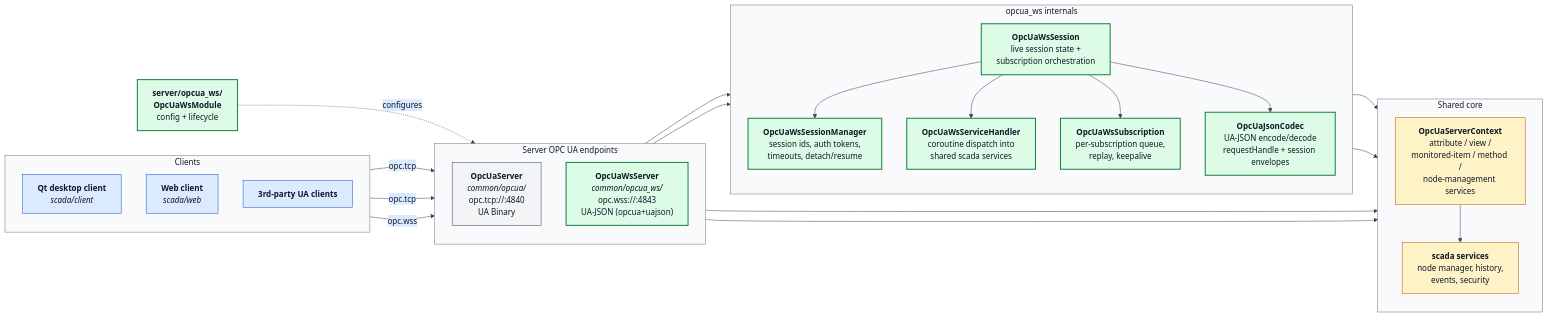
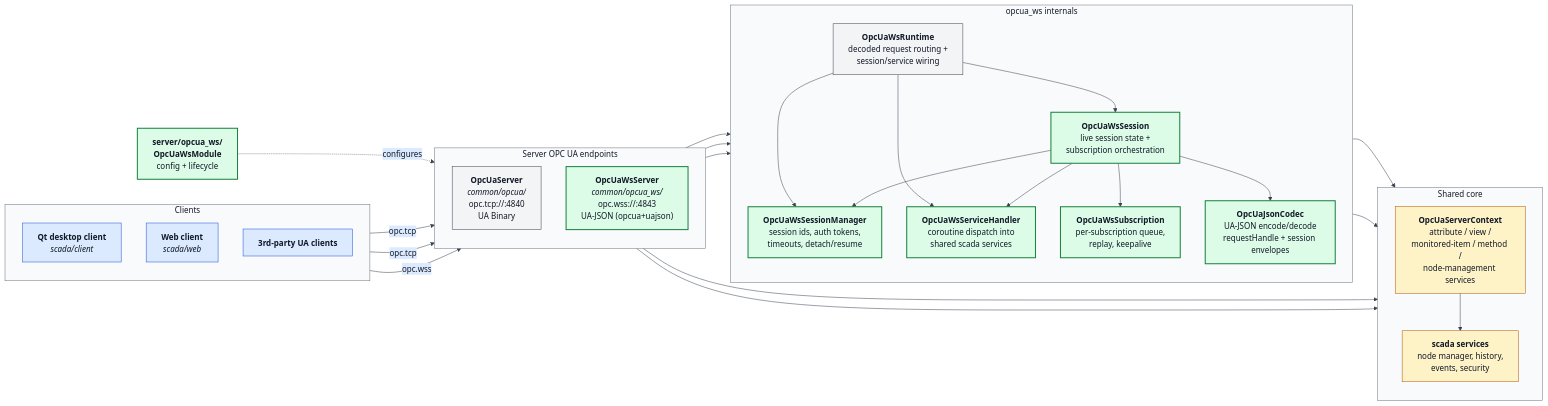
One commit to alexsmn/scada-common changed the diagram in docs/opcua_ws_architecture.mmd. Above: the diagram before and after it, drawn with Mermaid. The commit also changed 11 other files, not shown here.

Commit message:
Add opcua_ws request runtime

```diff
--- a/docs/opcua_ws_architecture.mmd
+++ b/docs/opcua_ws_architecture.mmd
@@ -1,79 +1,84 @@
 %%{init: {
   'theme': 'base',
   'themeVariables': {
     'background': '#ffffff',
     'primaryColor': '#f3f4f6',
     'primaryBorderColor': '#374151',
     'primaryTextColor': '#111827',
     'secondaryColor': '#dbeafe',
     'secondaryBorderColor': '#1d4ed8',
     'secondaryTextColor': '#111827',
     'tertiaryColor': '#fef3c7',
     'tertiaryBorderColor': '#b45309',
     'tertiaryTextColor': '#111827',
     'lineColor': '#374151',
     'defaultLinkColor': '#374151',
     'clusterBkg': '#f9fafb',
     'clusterBorder': '#6b7280',
     'titleColor': '#111827'
   },
   'flowchart': {'htmlLabels': true}
 }}%%
 flowchart LR
     subgraph Clients["Clients"]
         direction TB
         QT["<b>Qt desktop client</b><br/><i>scada/client</i>"]
         WEB["<b>Web client</b><br/><i>scada/web</i>"]
         NATIVE["<b>3rd-party UA clients</b>"]
     end
 
     subgraph Endpoints["Server OPC UA endpoints"]
         direction TB
         TCP["<b>OpcUaServer</b><br/><i>common/opcua/</i><br/>opc.tcp://:4840<br/>UA Binary"]
         WS["<b>OpcUaWsServer</b><br/><i>common/opcua_ws/</i><br/>opc.wss://:4843<br/>UA-JSON (opcua+uajson)"]
     end
 
     subgraph WsInternals["opcua_ws internals"]
         direction TB
         SESS["<b>OpcUaWsSession</b><br/>live session state +<br/>subscription orchestration"]
+        RT["<b>OpcUaWsRuntime</b><br/>decoded request routing +<br/>session/service wiring"]
         SMGR["<b>OpcUaWsSessionManager</b><br/>session ids, auth tokens,<br/>timeouts, detach/resume"]
         HANDLER["<b>OpcUaWsServiceHandler</b><br/>coroutine dispatch into<br/>shared scada services"]
         SUB["<b>OpcUaWsSubscription</b><br/>per-subscription queue,<br/>replay, keepalive"]
         CODEC["<b>OpcUaJsonCodec</b><br/>UA-JSON encode/decode<br/>requestHandle + session envelopes"]
     end
 
     subgraph Core["Shared core"]
         direction TB
         CTX["<b>OpcUaServerContext</b><br/>attribute / view /<br/>monitored-item / method /<br/>node-management services"]
         SVC["<b>scada services</b><br/>node manager, history,<br/>events, security"]
     end
 
     MOD["<b>server/opcua_ws/<br/>OpcUaWsModule</b><br/>config + lifecycle"]
 
     QT -->|opc.tcp| TCP
     NATIVE -->|opc.tcp| TCP
     WEB -->|opc.wss| WS
 
     WS --> SESS
+    WS --> RT
+    RT --> SESS
+    RT --> SMGR
+    RT --> HANDLER
     SESS --> SMGR
     SESS --> HANDLER
     WS --> CODEC
     SESS --> SUB
     SESS --> CODEC
     HANDLER --> CTX
     SMGR --> CTX
 
     TCP --> CTX
     WS --> CTX
     CTX --> SVC
 
     MOD -.configures.-> WS
 
     classDef clientStyle fill:#dbeafe,stroke:#1d4ed8,color:#111827
     classDef newModule fill:#dcfce7,stroke:#15803d,color:#111827,stroke-width:2px
     classDef existing fill:#f3f4f6,stroke:#374151,color:#111827
     classDef core fill:#fef3c7,stroke:#b45309,color:#111827
     class QT,WEB,NATIVE clientStyle
     class WS,SESS,SMGR,HANDLER,SUB,CODEC,MOD newModule
     class TCP existing
     class CTX,SVC core
```
